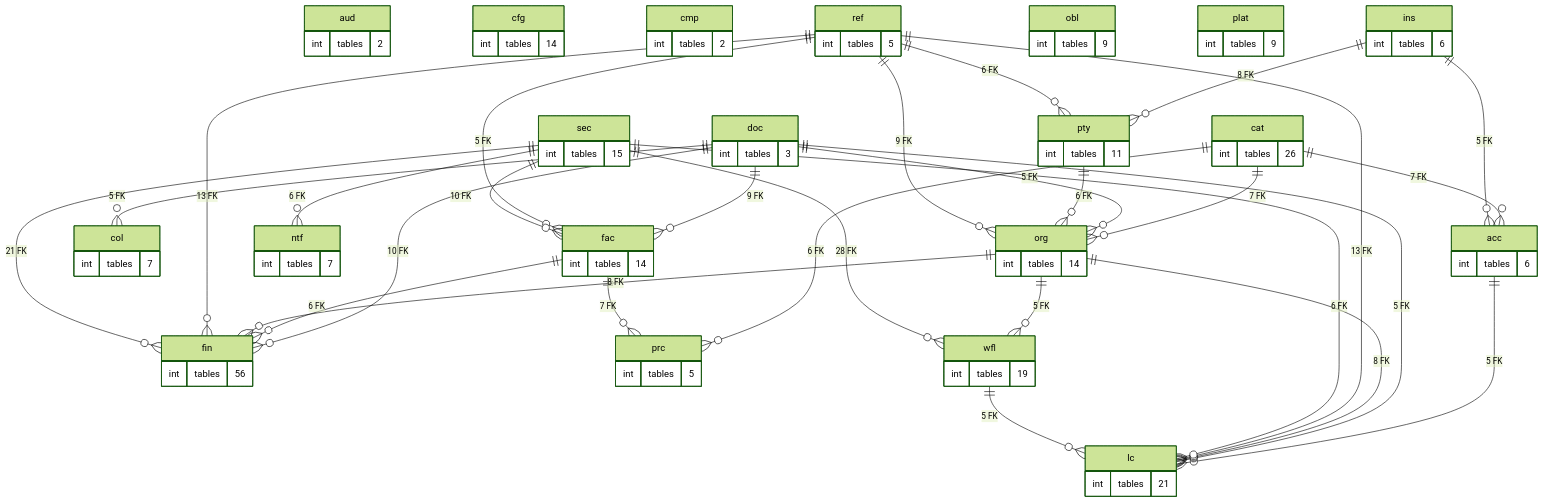
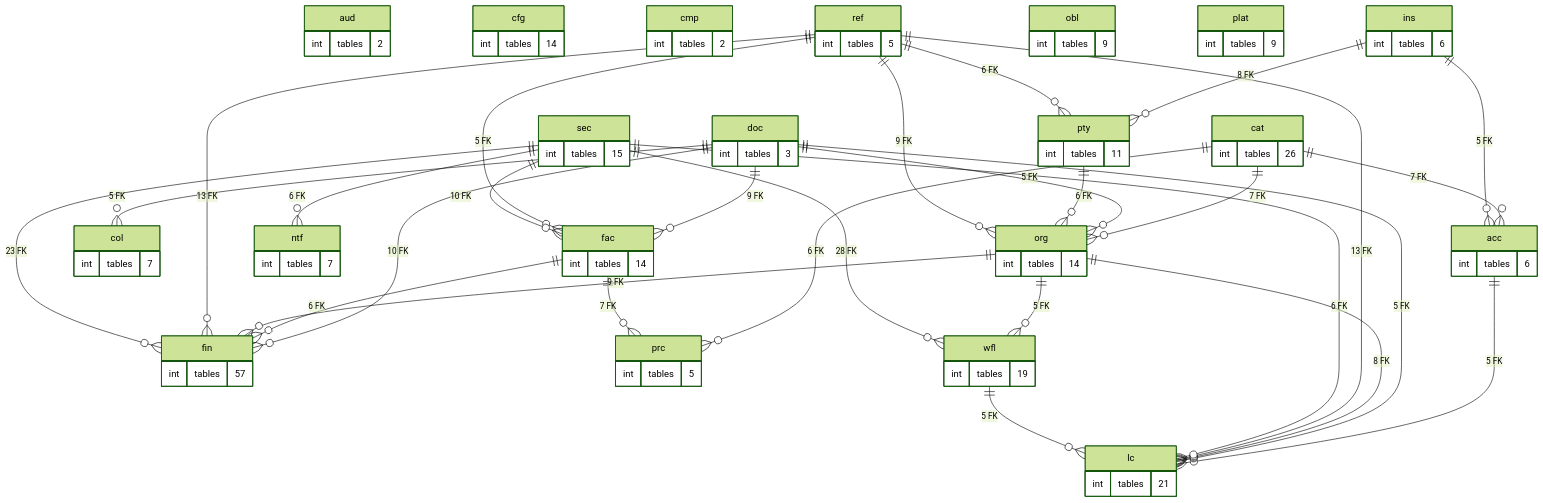
Before and after one commit to thawrasy/smartlines: the diagram in treasury-platform/docs/diagrams/erd/schema_map.mmd, drawn with Mermaid (forest theme). The commit also changed 188 other files, not shown here.

```diff
--- a/treasury-platform/docs/diagrams/erd/schema_map.mmd
+++ b/treasury-platform/docs/diagrams/erd/schema_map.mmd
@@ -1,90 +1,90 @@
 %% خريطة المخططات: العلاقة = عدد المفاتيح الأجنبية بين المخططين (≥ 5)
 erDiagram
   acc {
     int tables "6"
   }
   aud {
     int tables "2"
   }
   cat {
     int tables "26"
   }
   cfg {
     int tables "14"
   }
   cmp {
     int tables "2"
   }
   col {
     int tables "7"
   }
   doc {
     int tables "3"
   }
   fac {
     int tables "14"
   }
   fin {
-    int tables "56"
+    int tables "57"
   }
   ins {
     int tables "6"
   }
   lc {
     int tables "21"
   }
   ntf {
     int tables "7"
   }
   obl {
     int tables "9"
   }
   org {
     int tables "14"
   }
   plat {
     int tables "9"
   }
   prc {
     int tables "5"
   }
   pty {
     int tables "11"
   }
   ref {
     int tables "5"
   }
   sec {
     int tables "15"
   }
   wfl {
     int tables "19"
   }
   acc ||--o{ lc : "5 FK"
   cat ||--o{ acc : "7 FK"
   cat ||--o{ org : "7 FK"
   cat ||--o{ prc : "6 FK"
   doc ||--o{ col : "5 FK"
   doc ||--o{ fac : "9 FK"
   doc ||--o{ fin : "10 FK"
   doc ||--o{ lc : "5 FK"
   doc ||--o{ org : "5 FK"
   fac ||--o{ fin : "6 FK"
   fac ||--o{ prc : "7 FK"
   ins ||--o{ acc : "5 FK"
   ins ||--o{ pty : "8 FK"
-  org ||--o{ fin : "8 FK"
+  org ||--o{ fin : "9 FK"
   org ||--o{ lc : "8 FK"
   org ||--o{ wfl : "5 FK"
   pty ||--o{ org : "6 FK"
   ref ||--o{ fac : "5 FK"
   ref ||--o{ fin : "13 FK"
   ref ||--o{ lc : "13 FK"
   ref ||--o{ org : "9 FK"
   ref ||--o{ pty : "6 FK"
   sec ||--o{ fac : "10 FK"
-  sec ||--o{ fin : "21 FK"
+  sec ||--o{ fin : "23 FK"
   sec ||--o{ lc : "6 FK"
   sec ||--o{ ntf : "6 FK"
   sec ||--o{ wfl : "28 FK"
   wfl ||--o{ lc : "5 FK"
```
